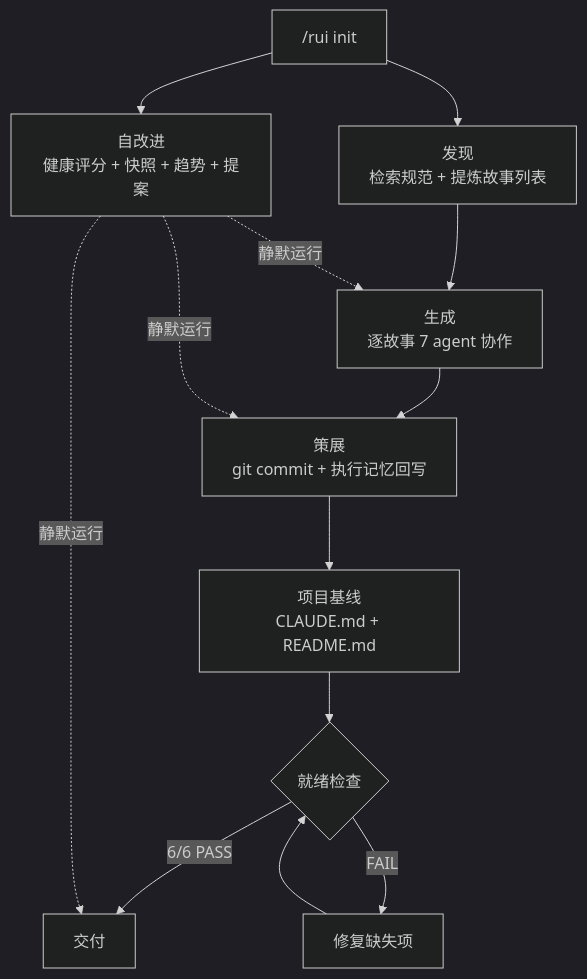
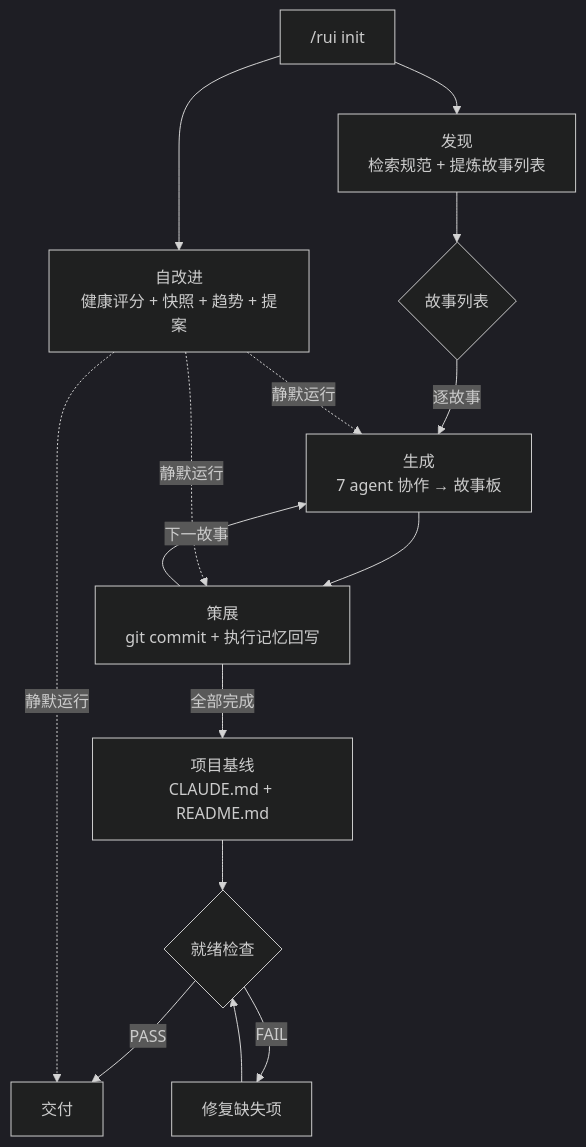
One commit to effiy/YrY changed the second of 4 diagrams in skills/rui/SKILL.md. Above: the diagram before and after it, drawn with Mermaid (dark theme). The commit also changed other lines of this file, not shown here.

````diff
--- a/skills/rui/SKILL.md
+++ b/skills/rui/SKILL.md
@@ -45,15 +45,17 @@
 ```mermaid
 flowchart TD
     INIT["/rui init"] --> SELF["自改进<br/>健康评分 + 快照 + 趋势 + 提案"]
     INIT --> DISCOVER["发现<br/>检索规范 + 提炼故事列表"]
-    DISCOVER --> GENERATE["生成<br/>逐故事 7 agent 协作"]
+    DISCOVER --> STORIES{故事列表}
+    STORIES -->|逐故事| GENERATE["生成<br/>7 agent 协作 → 故事板"]
     GENERATE --> CURATE["策展<br/>git commit + 执行记忆回写"]
-    CURATE --> BASELINE["项目基线<br/>CLAUDE.md + README.md"]
+    CURATE -->|下一故事| GENERATE
+    CURATE -->|全部完成| BASELINE["项目基线<br/>CLAUDE.md + README.md"]
     BASELINE --> CHECK{"就绪检查"}
-    CHECK -->|6/6 PASS| DELIVER["交付"]
+    CHECK -->|PASS| DELIVER["交付"]
     CHECK -->|FAIL| FIX["修复缺失项"]
     FIX --> CHECK
     SELF -.->|静默运行| GENERATE
     SELF -.->|静默运行| CURATE
     SELF -.->|静默运行| DELIVER
 ```
````
